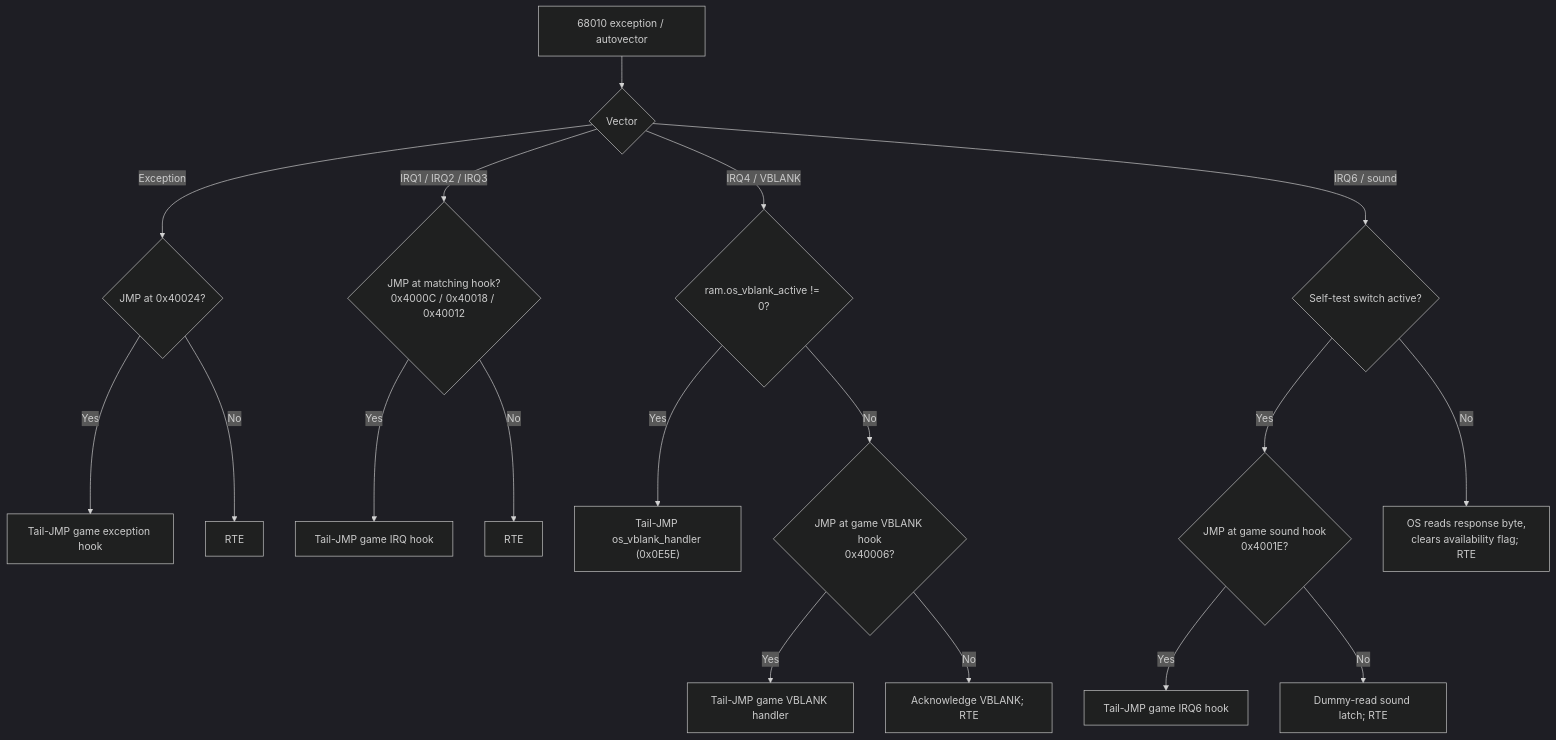
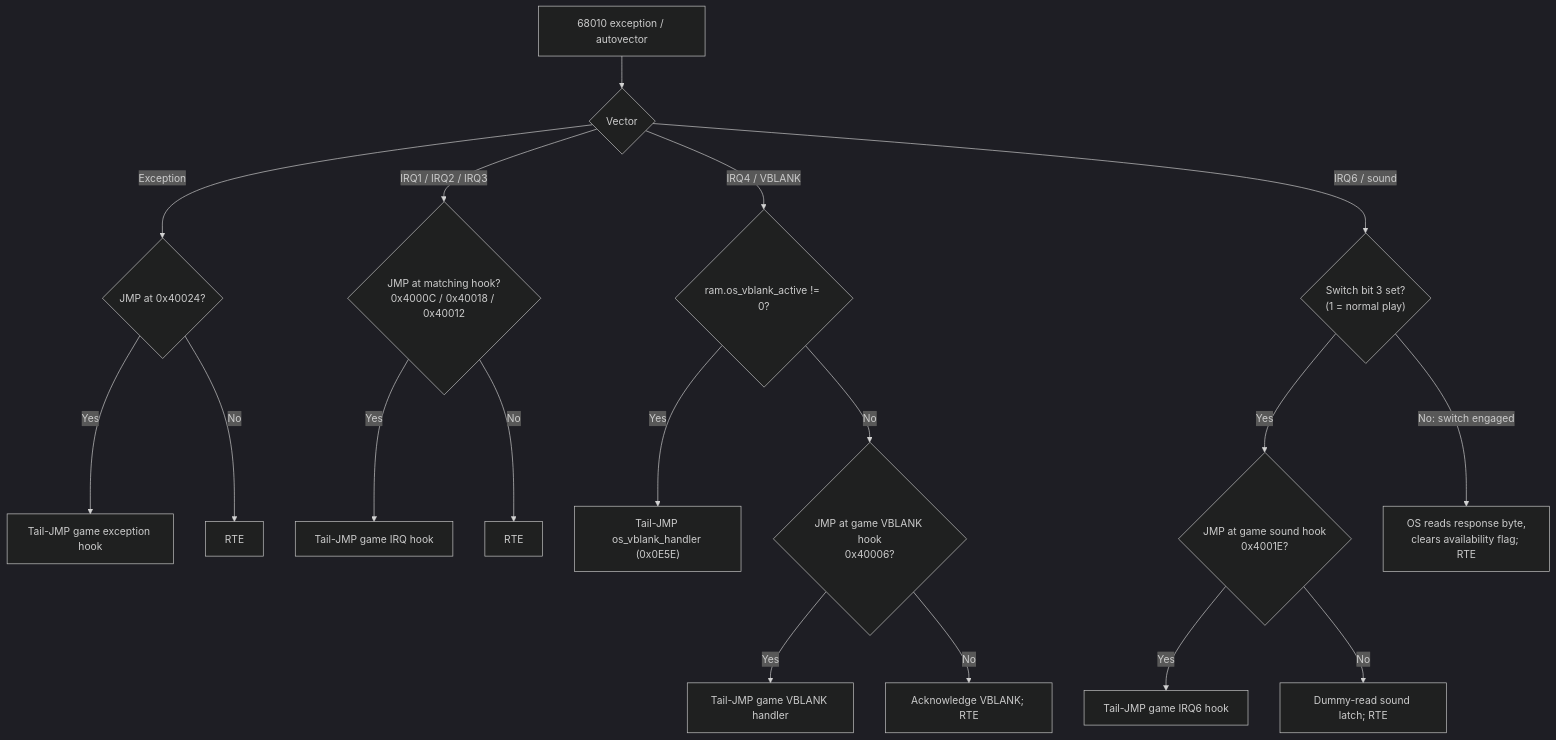
The second of 5 diagrams in doc/02_os_rom.md (alinsavix/gauntlet-gamerom-ai-reveng), drawn with Mermaid (dark theme) before and after one commit. The commit also changed other lines of this file and 62 other files, not shown here.

````diff
--- a/doc/02_os_rom.md
+++ b/doc/02_os_rom.md
@@ -373,24 +425,24 @@
 ```mermaid
 flowchart TD
     irq["68010 exception / autovector"] --> kind{"Vector"}
 
     kind -- "Exception" --> exgate{"JMP at 0x40024?"}
     exgate -- "Yes" --> exgame["Tail-JMP game exception hook"]
     exgate -- "No" --> exrte["RTE"]
 
     kind -- "IRQ1 / IRQ2 / IRQ3" --> lowgate{"JMP at matching hook?<br/>0x4000C / 0x40018 / 0x40012"}
     lowgate -- "Yes" --> lowgame["Tail-JMP game IRQ hook"]
     lowgate -- "No" --> lowrte["RTE"]
 
     kind -- "IRQ4 / VBLANK" --> owner{"ram.os_vblank_active != 0?"}
     owner -- "Yes" --> osvbl["Tail-JMP os_vblank_handler (0x0E5E)"]
     owner -- "No" --> vgate{"JMP at game VBLANK hook<br/>0x40006?"}
     vgate -- "Yes" --> gamevbl["Tail-JMP game VBLANK handler"]
     vgate -- "No" --> localvbl["Acknowledge VBLANK; RTE"]
 
-    kind -- "IRQ6 / sound" --> st{"Self-test switch active?"}
+    kind -- "IRQ6 / sound" --> st{"Switch bit 3 set?<br/>(1 = normal play)"}
     st -- "Yes" --> sgate{"JMP at game sound hook<br/>0x4001E?"}
     sgate -- "Yes" --> gamesnd["Tail-JMP game IRQ6 hook"]
     sgate -- "No" --> drain["Dummy-read sound latch; RTE"]
-    st -- "No" --> ossnd["OS reads response byte,<br/>clears availability flag; RTE"]
+    st -- "No: switch engaged" --> ossnd["OS reads response byte,<br/>clears availability flag; RTE"]
 ```
````
